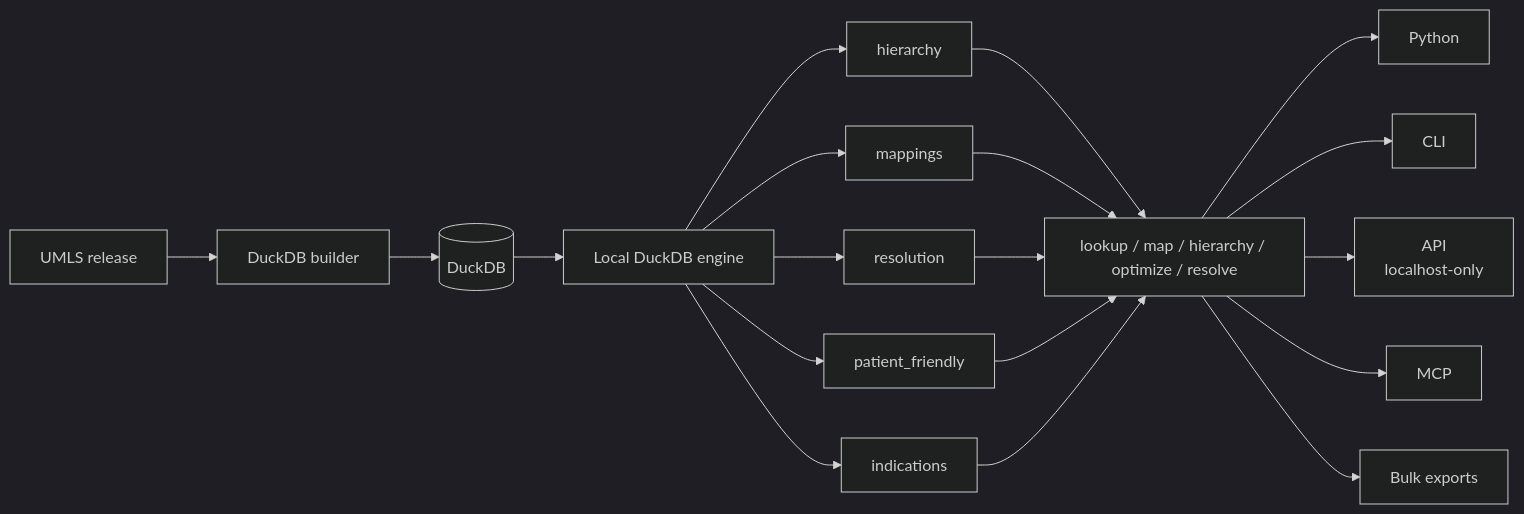
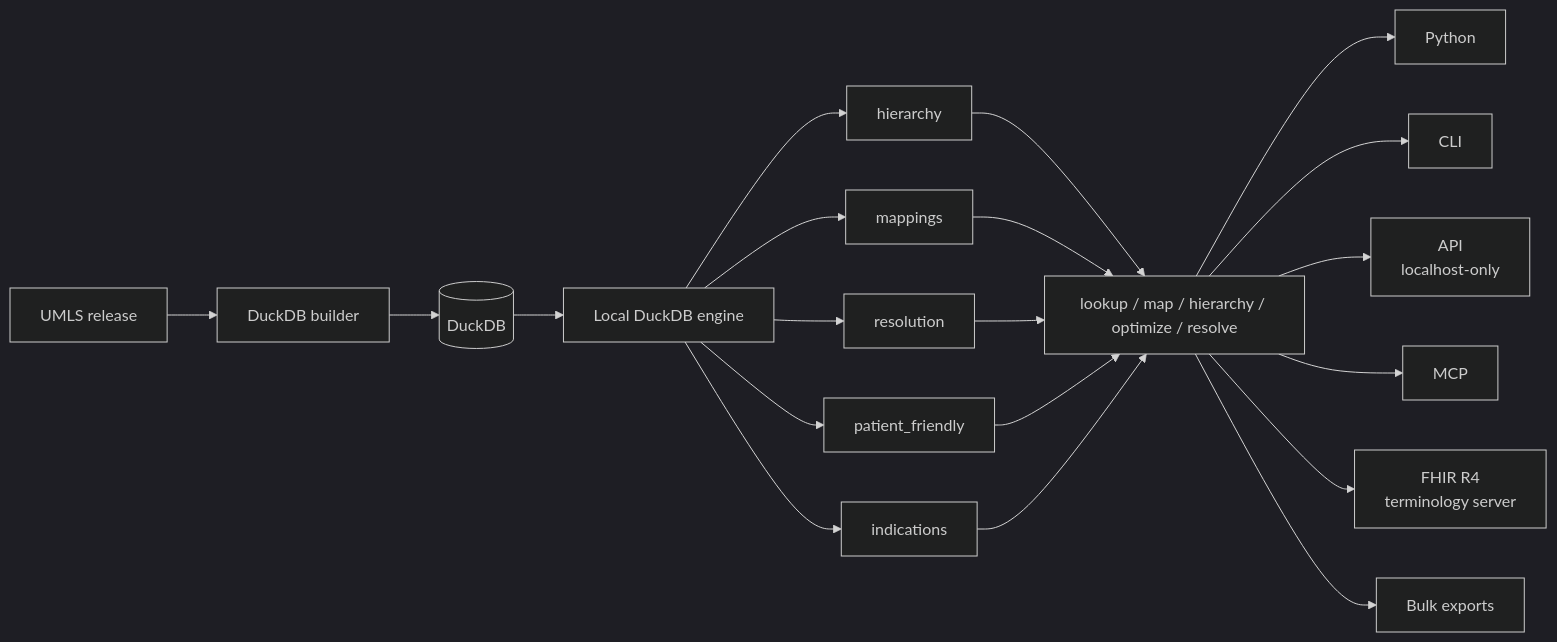
The diagram in web/website/docs/getting-started/architecture.md (fhir4ds/medterm4ds), drawn with Mermaid (dark theme) before and after one commit. The commit also changed 2 other files, not shown here.

Commit message:
Add FHIR terminology server docs: README section + website page
README.md:
- Added FHIR R4 Terminology Server section with quick start, operation
  table, search mode descriptions, conformance testing, and links to
  demo notebook + deployment guide
- Added [fhir] to pip install examples

Website:
- New page: web/website/docs/user-guide/interfaces/fhir-server.md —
  comprehensive FHIR server documentation covering all 7 operations
  with curl examples, custom properties table, system URI mapping,
  deployment (local Docker + HF Spaces), and conformance testing
- Updated architecture mermaid diagram to include FHIR server node

Gate: 418 passed, 1 skipped.

````diff
--- a/web/website/docs/getting-started/architecture.md
+++ b/web/website/docs/getting-started/architecture.md
@@ -7,17 +7,18 @@
 ```mermaid
 flowchart LR
   UMLS[UMLS release] --> Build[DuckDB builder]
   Build --> DuckDB[(DuckDB)]
   DuckDB --> Engine[Local DuckDB engine]
   Engine --> Hierarchy[hierarchy]
   Engine --> Mappings[mappings]
   Engine --> Resolution[resolution]
   Engine --> PF[patient_friendly]
   Engine --> Indications[indications]
   Hierarchy & Mappings & Resolution & PF & Indications --> Services[lookup / map / hierarchy / optimize / resolve]
   Services --> Python[Python]
   Services --> CLI[CLI]
   Services --> API[API<br/>localhost-only]
   Services --> MCP[MCP]
+  Services --> FHIR[FHIR R4<br/>terminology server]
   Services --> Bulk[Bulk exports]
 ```
````
